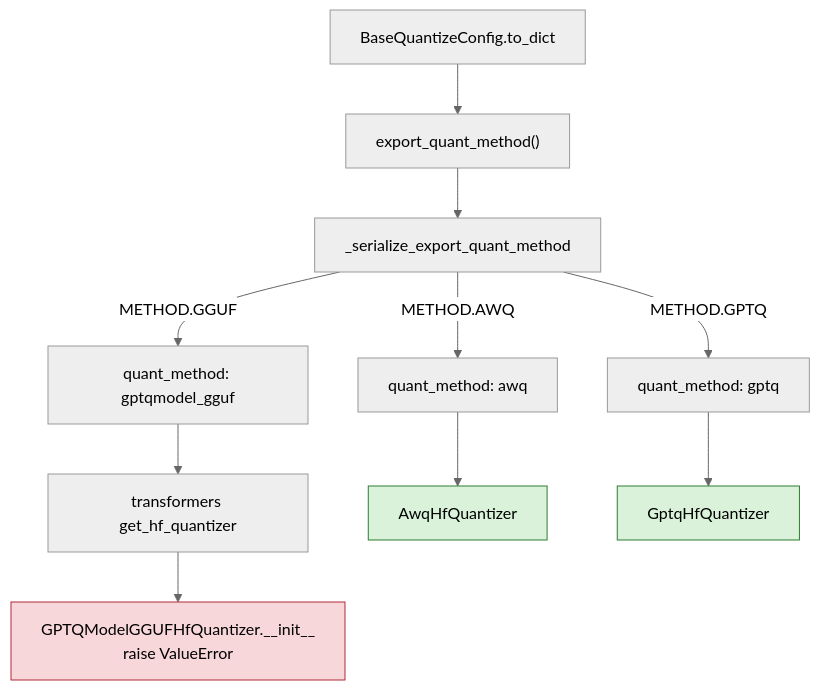
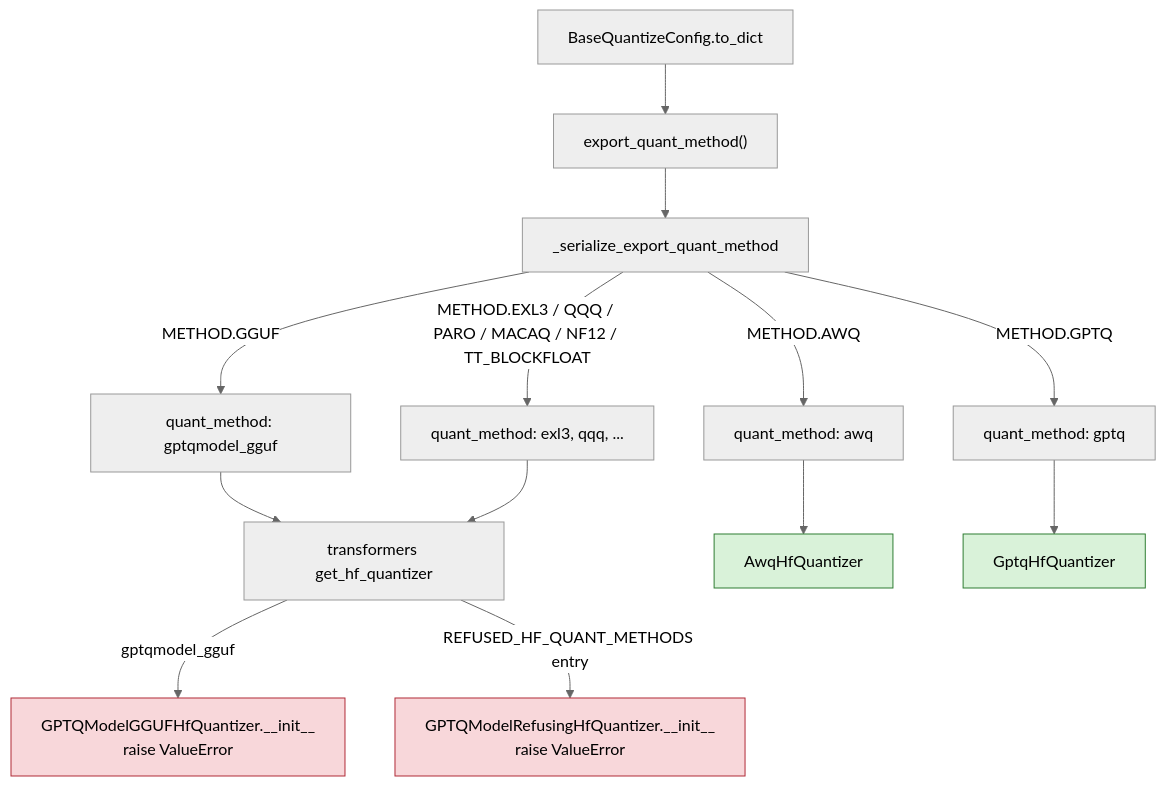
The tenth of 11 diagrams in docs/checkpoint-interop.md (ModelCloud/GPTQModel), drawn with Mermaid (neutral theme) before and after one commit. The commit also changed other lines of this file and 16 other files, not shown here.

````diff
--- a/docs/checkpoint-interop.md
+++ b/docs/checkpoint-interop.md
@@ -300,15 +310,19 @@
 ```mermaid
 flowchart TD
     A["BaseQuantizeConfig.to_dict"] --> B["export_quant_method()"]
     B --> C["_serialize_export_quant_method"]
     C -- "METHOD.GGUF" --> D["quant_method: gptqmodel_gguf"]
     C -- "METHOD.AWQ" --> E["quant_method: awq"]
     C -- "METHOD.GPTQ" --> F["quant_method: gptq"]
+    C -- "METHOD.EXL3 / QQQ / PARO / MACAQ / NF12 / TT_BLOCKFLOAT" --> L["quant_method: exl3, qqq, ..."]
     D --> G["transformers get_hf_quantizer"]
-    G --> H["GPTQModelGGUFHfQuantizer.__init__<br/>raise ValueError"]
+    L --> G
+    G -- "gptqmodel_gguf" --> H["GPTQModelGGUFHfQuantizer.__init__<br/>raise ValueError"]
+    G -- "REFUSED_HF_QUANT_METHODS entry" --> K["GPTQModelRefusingHfQuantizer.__init__<br/>raise ValueError"]
     E --> I["AwqHfQuantizer"]
     F --> J["GptqHfQuantizer"]
     style H fill:#f8d7da,stroke:#b02a37
+    style K fill:#f8d7da,stroke:#b02a37
     style I fill:#d9f2d9,stroke:#2e7d32
     style J fill:#d9f2d9,stroke:#2e7d32
 ```
````
